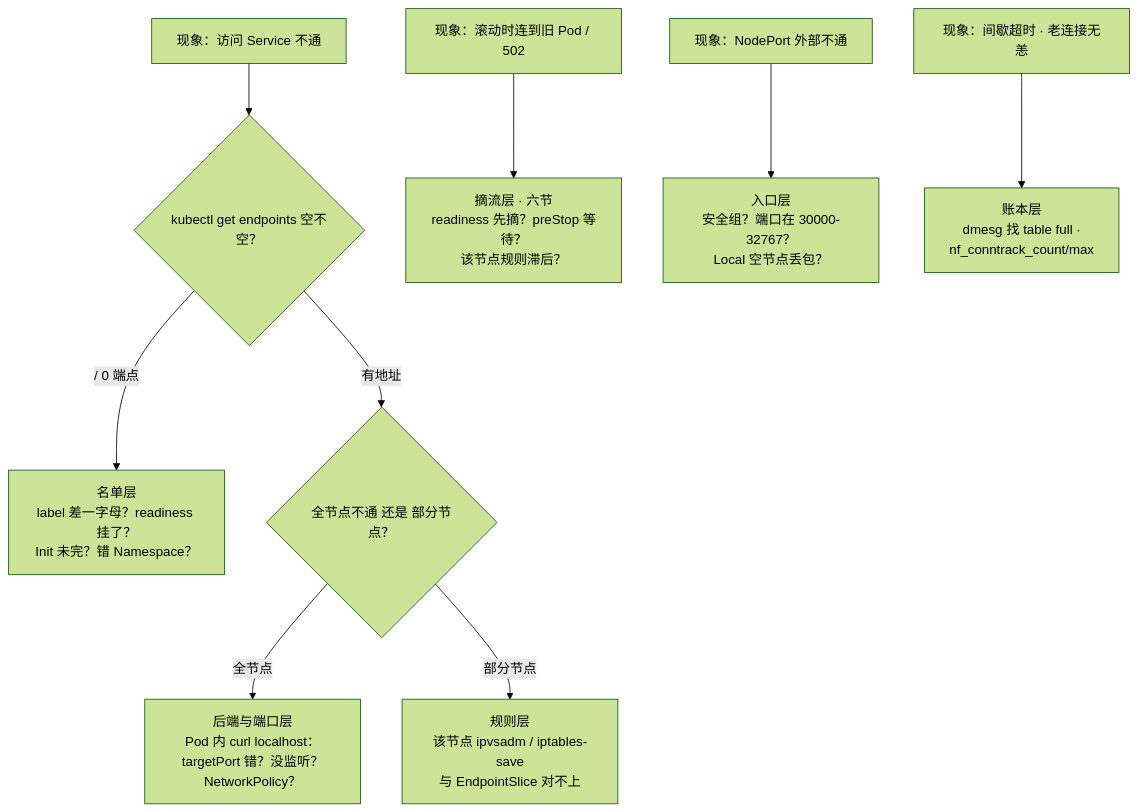
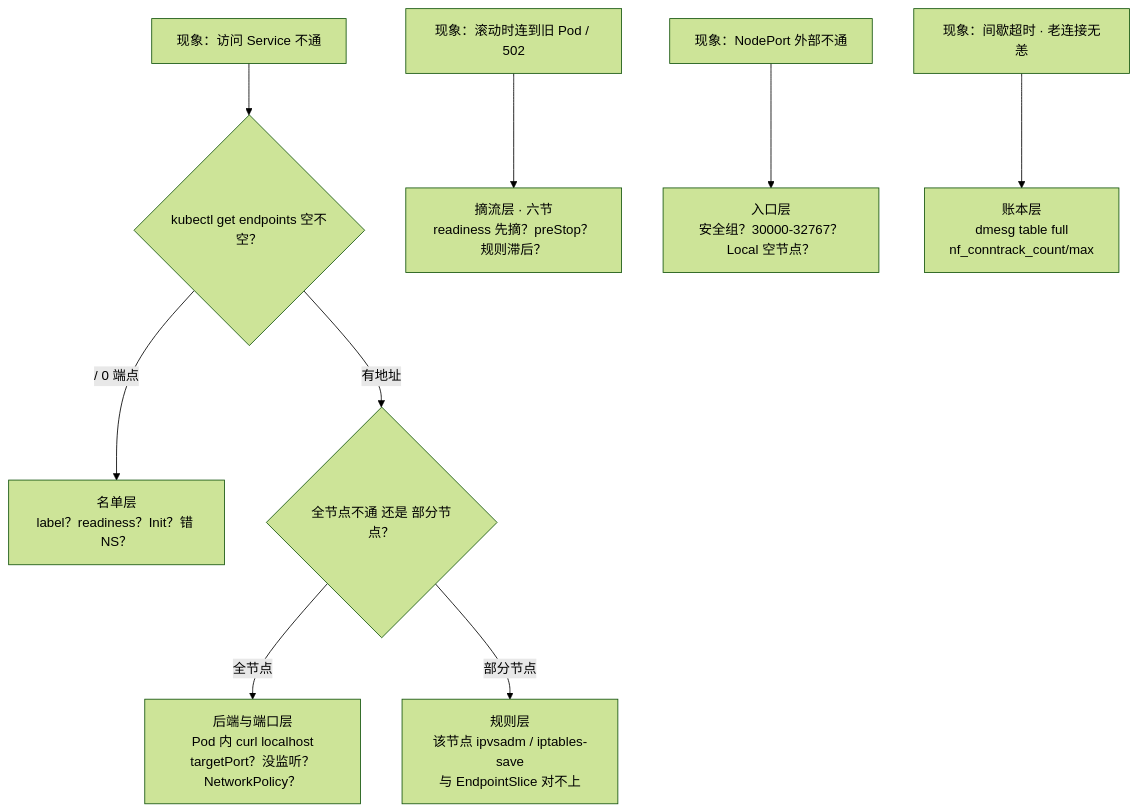
The fifth of 5 diagrams in 03-Kubernetes/08-Service与kube-proxy/知识点.md (ml-cuizijun/LearnToLilith), drawn with Mermaid (forest theme) before and after one commit. The commit also changed other lines of this file and 178 other files, not shown here.

````diff
--- a/03-Kubernetes/08-Service与kube-proxy/知识点.md
+++ b/03-Kubernetes/08-Service与kube-proxy/知识点.md
@@ -474,11 +502,11 @@
 ```mermaid
 flowchart TB
     A["现象：访问 Service 不通"] --> B{"kubectl get endpoints 空不空？"}
-    B -->|"<none> / 0 端点"| C["名单层<br/>label 差一字母？readiness 挂了？<br/>Init 未完？错 Namespace？"]
+    B -->|"<none> / 0 端点"| C["名单层<br/>label？readiness？Init？错 NS？"]
     B -->|有地址| D{"全节点不通 还是 部分节点？"}
-    D -->|全节点| E["后端与端口层<br/>Pod 内 curl localhost：<br/>targetPort 错？没监听？NetworkPolicy？"]
+    D -->|全节点| E["后端与端口层<br/>Pod 内 curl localhost<br/>targetPort？没监听？NetworkPolicy？"]
     D -->|部分节点| F["规则层<br/>该节点 ipvsadm / iptables-save<br/>与 EndpointSlice 对不上"]
-    G["现象：滚动时连到旧 Pod / 502"] --> H["摘流层 · 六节<br/>readiness 先摘？preStop 等待？<br/>该节点规则滞后？"]
-    I["现象：NodePort 外部不通"] --> J["入口层<br/>安全组？端口在 30000-32767？<br/>Local 空节点丢包？"]
-    K["现象：间歇超时 · 老连接无恙"] --> L["账本层<br/>dmesg 找 table full ·<br/>nf_conntrack_count/max"]
+    G["现象：滚动时连到旧 Pod / 502"] --> H["摘流层 · 六节<br/>readiness 先摘？preStop？规则滞后？"]
+    I["现象：NodePort 外部不通"] --> J["入口层<br/>安全组？30000-32767？Local 空节点？"]
+    K["现象：间歇超时 · 老连接无恙"] --> L["账本层<br/>dmesg table full<br/>nf_conntrack_count/max"]
 ```
````
